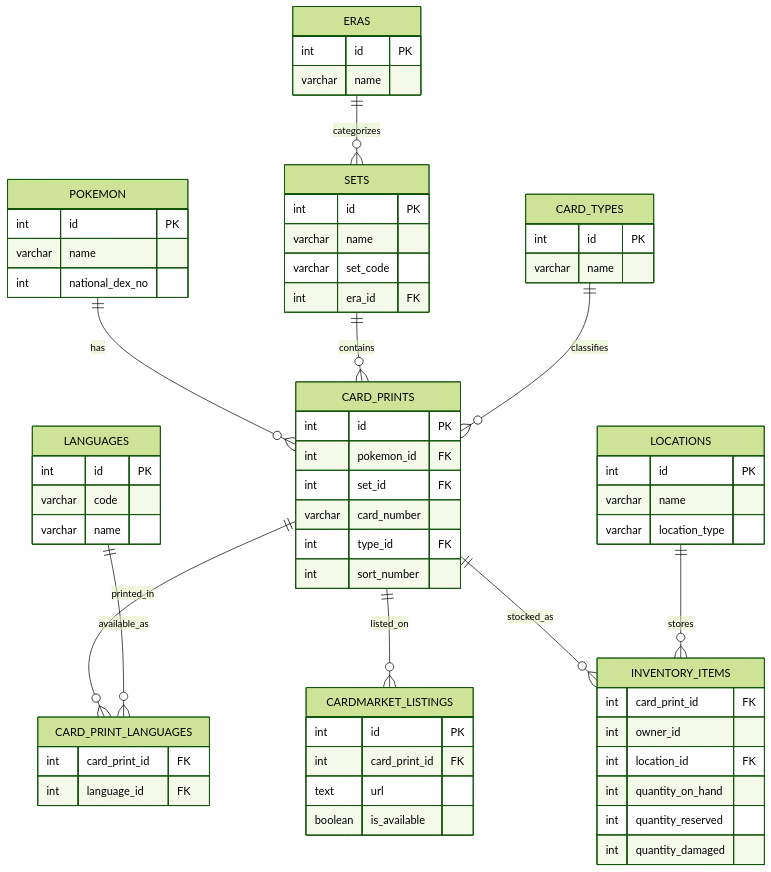
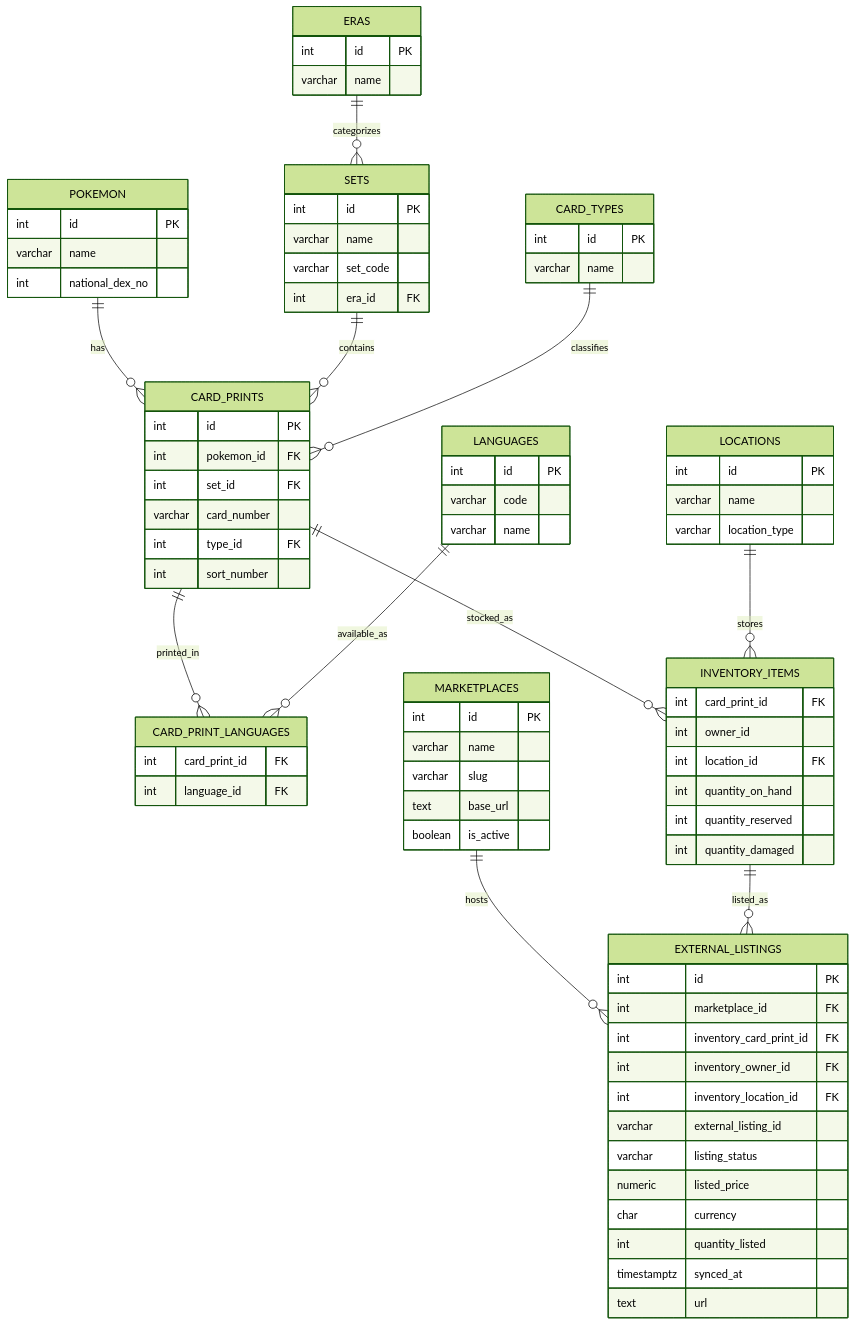
One commit to Scarrty/snoredex changed the diagram in docs/er_diagram.md. Above: the diagram before and after it, drawn with Mermaid (forest theme). The commit also changed 4 other files, not shown here.

Commit message:
Normalize marketplace listings via external_listings model

````diff
--- a/docs/er_diagram.md
+++ b/docs/er_diagram.md
@@ -46,13 +46,6 @@
         int language_id FK
     }
 
-    CARDMARKET_LISTINGS {
-        int id PK
-        int card_print_id FK
-        text url
-        boolean is_available
-    }
-
     LOCATIONS {
         int id PK
         varchar name
@@ -68,13 +61,37 @@
         int quantity_damaged
     }
 
+    MARKETPLACES {
+        int id PK
+        varchar name
+        varchar slug
+        text base_url
+        boolean is_active
+    }
+
+    EXTERNAL_LISTINGS {
+        int id PK
+        int marketplace_id FK
+        int inventory_card_print_id FK
+        int inventory_owner_id FK
+        int inventory_location_id FK
+        varchar external_listing_id
+        varchar listing_status
+        numeric listed_price
+        char currency
+        int quantity_listed
+        timestamptz synced_at
+        text url
+    }
+
     POKEMON ||--o{ CARD_PRINTS : has
     SETS ||--o{ CARD_PRINTS : contains
     ERAS ||--o{ SETS : categorizes
     CARD_TYPES ||--o{ CARD_PRINTS : classifies
     CARD_PRINTS ||--o{ CARD_PRINT_LANGUAGES : printed_in
     LANGUAGES ||--o{ CARD_PRINT_LANGUAGES : available_as
-    CARD_PRINTS ||--o{ CARDMARKET_LISTINGS : listed_on
     CARD_PRINTS ||--o{ INVENTORY_ITEMS : stocked_as
     LOCATIONS ||--o{ INVENTORY_ITEMS : stores
+    MARKETPLACES ||--o{ EXTERNAL_LISTINGS : hosts
+    INVENTORY_ITEMS ||--o{ EXTERNAL_LISTINGS : listed_as
 ```
````
